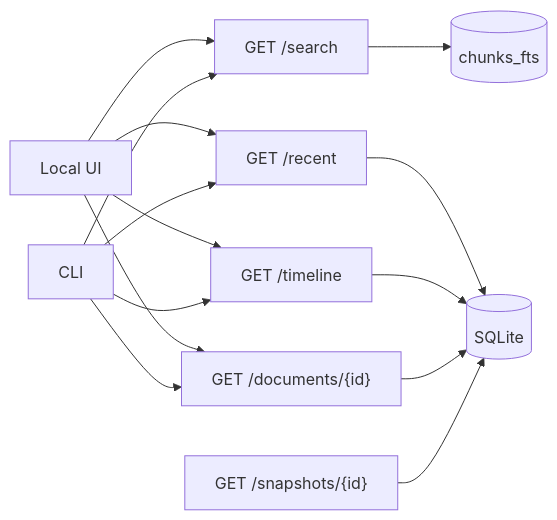
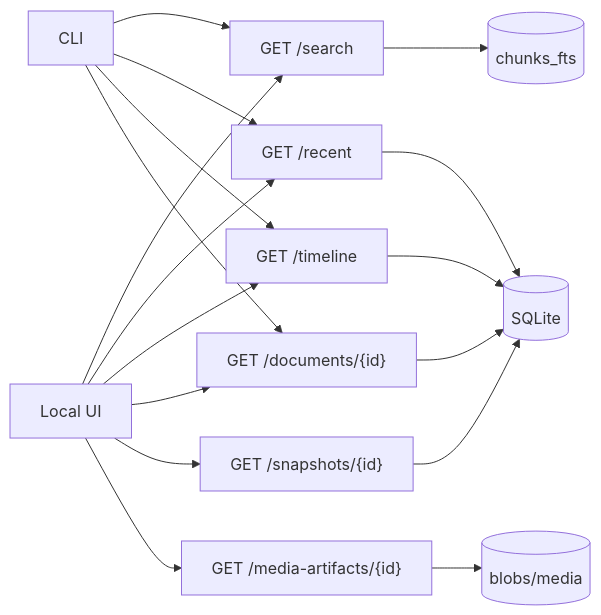
The seventh of 8 diagrams in docs/DIAGRAMS.md (michaelnicks0/browser-memory-daemon), drawn with Mermaid before and after one commit. The commit also changed other lines of this file and 105 other files, not shown here.

Commit message:
docs: reconcile C4 and behavioral diagrams

````diff
--- a/docs/DIAGRAMS.md
+++ b/docs/DIAGRAMS.md
@@ -170,16 +154,19 @@
 ```mermaid
 flowchart LR
-  Search["GET /search"] --> FTS[(chunks_fts)]
-  Recent["GET /recent"] --> DB[(SQLite)]
+  Search["GET /search"] --> FTS[("chunks_fts")]
+  Recent["GET /recent"] --> DB[("SQLite")]
   Timeline["GET /timeline"] --> DB
   Detail["GET /documents/{id}"] --> DB
   Snapshot["GET /snapshots/{id}"] --> DB
+  Media["GET /media-artifacts/{id}"] --> MediaBlobs[("blobs/media")]
   UI["Local UI"] --> Search
   UI --> Recent
   UI --> Timeline
   UI --> Detail
-  CLI[CLI] --> Search
+  UI --> Snapshot
+  UI --> Media
+  CLI["CLI"] --> Search
   CLI --> Recent
   CLI --> Timeline
   CLI --> Detail
 ```
````
